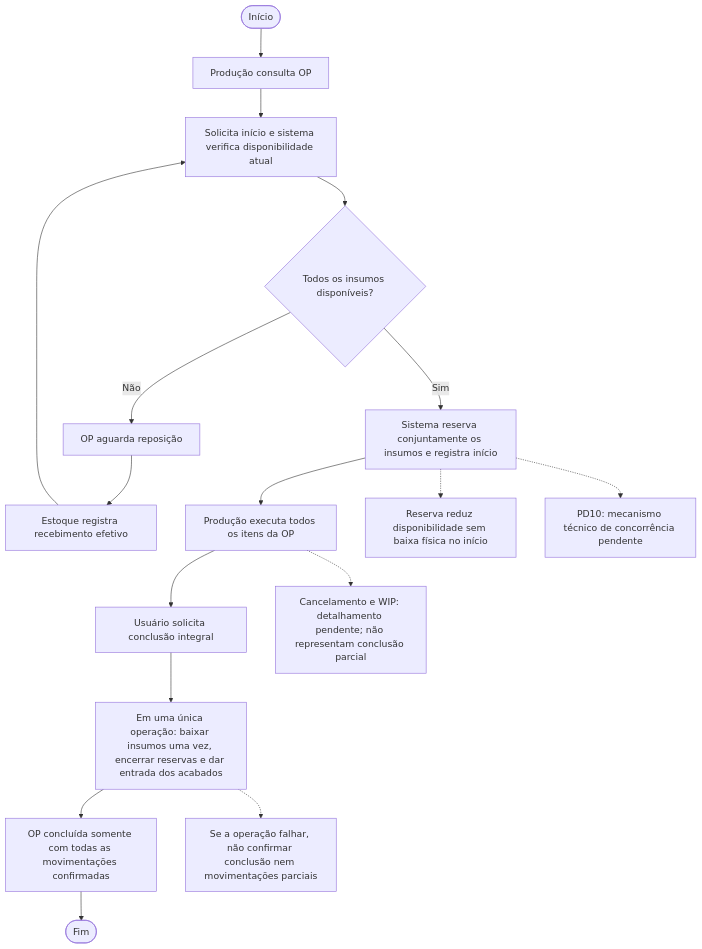
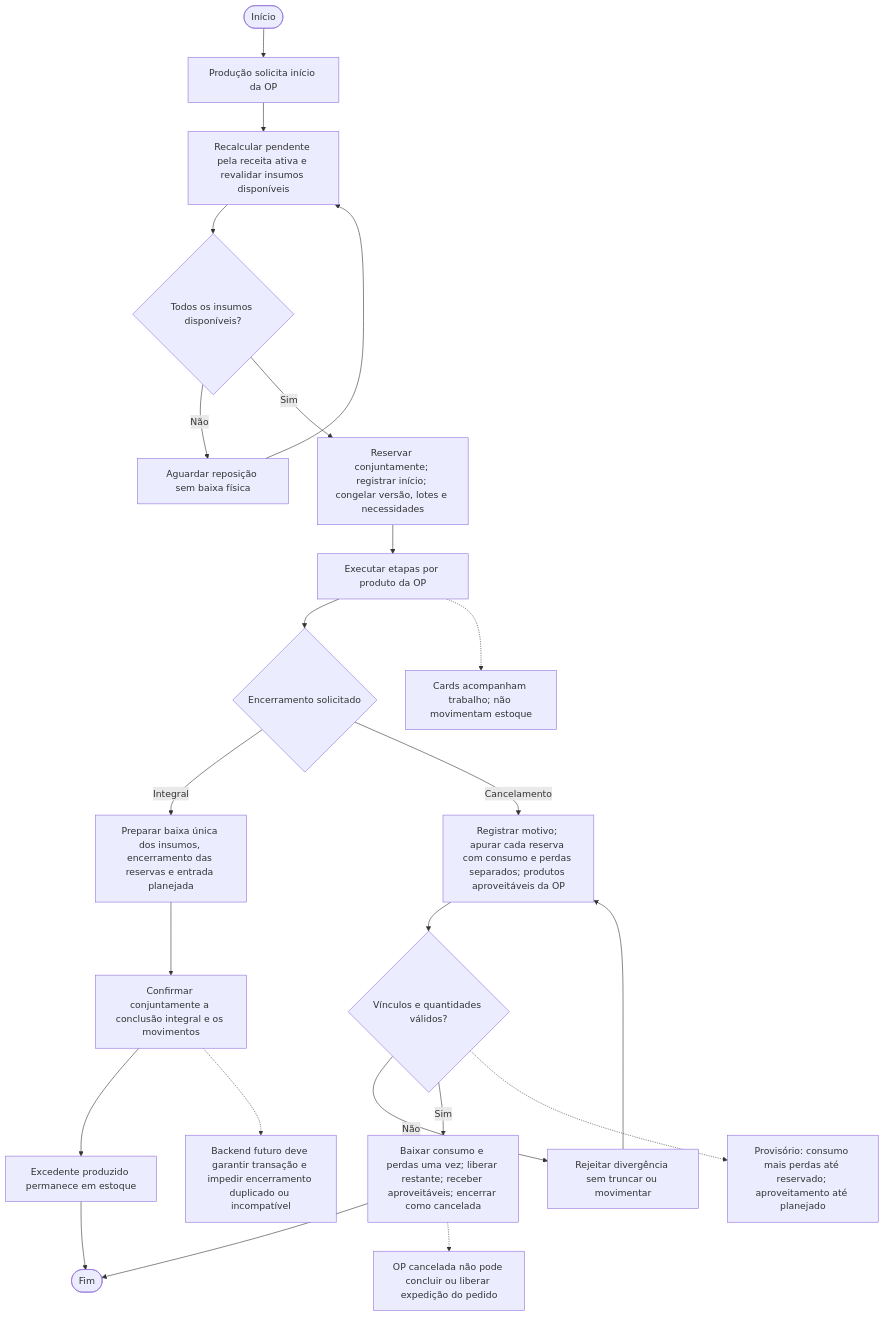
One commit to edumoreira7/TCC---Gestao-Integrada changed the diagram in docs/03-modelagem/atividades/atividade-conclusao-producao.mmd. Above: the diagram before and after it, drawn with Mermaid. The commit also changed 74 other files, not shown here.

```diff
--- a/docs/03-modelagem/atividades/atividade-conclusao-producao.mmd
+++ b/docs/03-modelagem/atividades/atividade-conclusao-producao.mmd
@@ -1,17 +1,23 @@
 flowchart TD
-    A([Início]) --> B[Produção consulta OP]
-    B --> C[Solicita início e sistema verifica disponibilidade atual]
+    A([Início]) --> B[Produção solicita início da OP]
+    B --> C[Recalcular pendente pela receita ativa e revalidar insumos disponíveis]
     C --> D{Todos os insumos disponíveis?}
-    D -- Não --> E[OP aguarda reposição]
-    E --> F[Estoque registra recebimento efetivo]
-    F --> C
-    D -- Sim --> G[Sistema reserva conjuntamente os insumos e registra início]
-    G --> H[Produção executa todos os itens da OP]
-    H --> I[Usuário solicita conclusão integral]
-    I --> J[Em uma única operação: baixar insumos uma vez, encerrar reservas e dar entrada dos acabados]
-    J --> K[OP concluída somente com todas as movimentações confirmadas]
-    K --> L([Fim])
-    G -.-> M[Reserva reduz disponibilidade sem baixa física no início]
-    J -.-> N[Se a operação falhar, não confirmar conclusão nem movimentações parciais]
-    G -.-> O[PD10: mecanismo técnico de concorrência pendente]
-    H -.-> P[Cancelamento e WIP: detalhamento pendente; não representam conclusão parcial]
+    D -- Não --> E[Aguardar reposição sem baixa física]
+    E --> C
+    D -- Sim --> F[Reservar conjuntamente; registrar início; congelar versão, lotes e necessidades]
+    F --> G[Executar etapas por produto da OP]
+    G --> H{Encerramento solicitado}
+    H -- Integral --> I[Preparar baixa única dos insumos, encerramento das reservas e entrada planejada]
+    I --> J[Confirmar conjuntamente a conclusão integral e os movimentos]
+    J --> K[Excedente produzido permanece em estoque]
+    H -- Cancelamento --> L[Registrar motivo; apurar cada reserva com consumo e perdas separados; produtos aproveitáveis da OP]
+    L --> M{Vínculos e quantidades válidos?}
+    M -- Não --> N[Rejeitar divergência sem truncar ou movimentar]
+    N --> L
+    M -- Sim --> O[Baixar consumo e perdas uma vez; liberar restante; receber aproveitáveis; encerrar como cancelada]
+    K --> P([Fim])
+    O --> P
+    G -.-> Q[Cards acompanham trabalho; não movimentam estoque]
+    M -.-> R[Provisório: consumo mais perdas até reservado; aproveitamento até planejado]
+    O -.-> S[OP cancelada não pode concluir ou liberar expedição do pedido]
+    J -.-> T[Backend futuro deve garantir transação e impedir encerramento duplicado ou incompatível]
```
